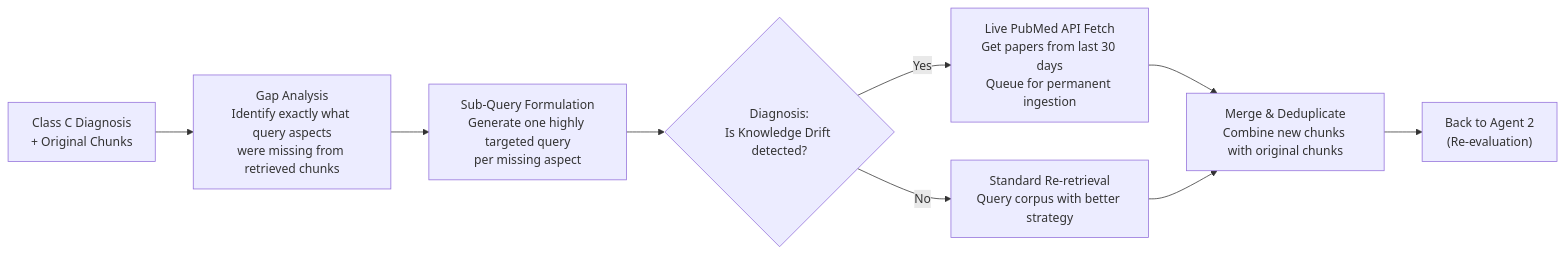
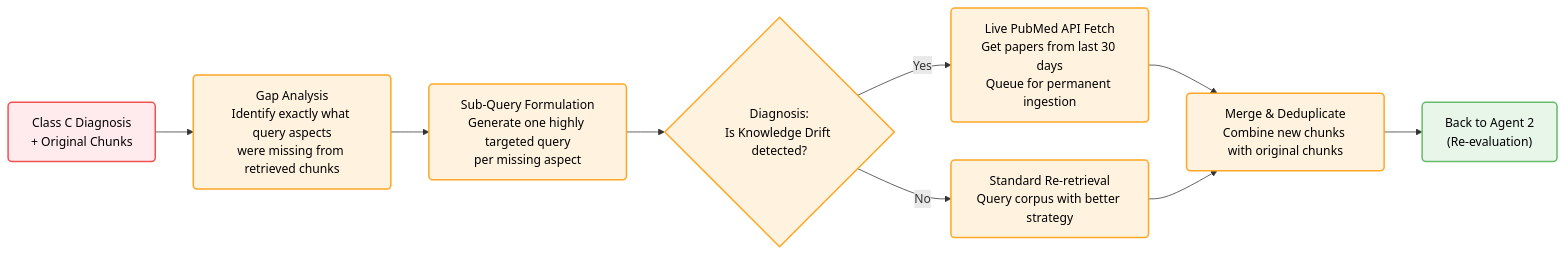
One commit to pavan939111/SelfLearning_Rag changed the eighth of 11 diagrams in ARCHITECTURE.md. Above: the diagram before and after it, drawn with Mermaid. The commit also changed other lines of this file, not shown here.

Commit message:
docs: apply pastel color grading to all diagrams in ARCHITECTURE.md to ensure high visibility and professional design

````diff
--- a/ARCHITECTURE.md
+++ b/ARCHITECTURE.md
@@ -276,15 +296,19 @@
 ```mermaid
 flowchart LR
-    IN["Class C Diagnosis\n+ Original Chunks"] --> GAP
+    classDef input fill:#ffebee,stroke:#ef5350,stroke-width:2px,color:#000,rx:5px
+    classDef process fill:#fff3e0,stroke:#ffa726,stroke-width:2px,color:#000,rx:5px
+    classDef success fill:#e8f5e9,stroke:#66bb6a,stroke-width:2px,color:#000,rx:5px
 
-    GAP["Gap Analysis\nIdentify exactly what query aspects\nwere missing from retrieved chunks"]
+    IN["Class C Diagnosis\n+ Original Chunks"]:::input --> GAP
 
-    GAP --> FORM["Sub-Query Formulation\nGenerate one highly targeted query\nper missing aspect"]
+    GAP["Gap Analysis\nIdentify exactly what query aspects\nwere missing from retrieved chunks"]:::process
 
-    FORM --> FETCH{"Diagnosis:\nIs Knowledge Drift detected?"}
-    FETCH -->|"Yes"| LIVE["Live PubMed API Fetch\nGet papers from last 30 days\nQueue for permanent ingestion"]
-    FETCH -->|"No"| NORMAL["Standard Re-retrieval\nQuery corpus with better strategy"]
+    GAP --> FORM["Sub-Query Formulation\nGenerate one highly targeted query\nper missing aspect"]:::process
 
-    LIVE & NORMAL --> MERGE["Merge & Deduplicate\nCombine new chunks with original chunks"]
-    MERGE --> OUT["Back to Agent 2\n(Re-evaluation)"]
+    FORM --> FETCH{"Diagnosis:\nIs Knowledge Drift detected?"}:::process
+    FETCH -->|"Yes"| LIVE["Live PubMed API Fetch\nGet papers from last 30 days\nQueue for permanent ingestion"]:::process
+    FETCH -->|"No"| NORMAL["Standard Re-retrieval\nQuery corpus with better strategy"]:::process
+
+    LIVE & NORMAL --> MERGE["Merge & Deduplicate\nCombine new chunks with original chunks"]:::process
+    MERGE --> OUT["Back to Agent 2\n(Re-evaluation)"]:::success
 ```
````
